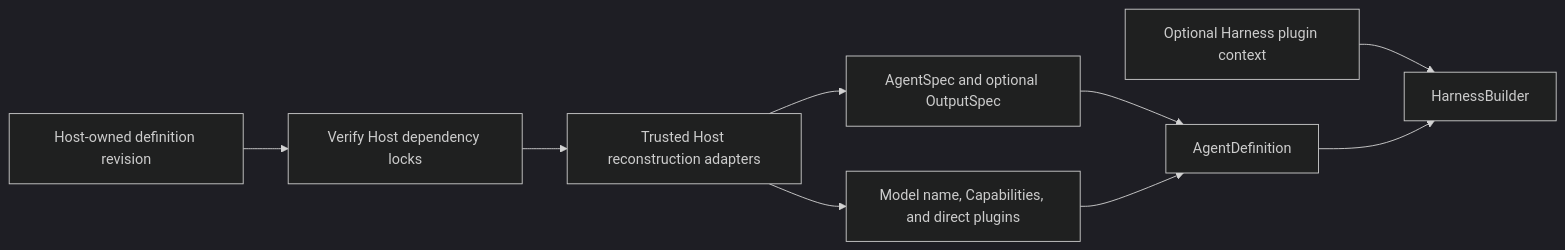
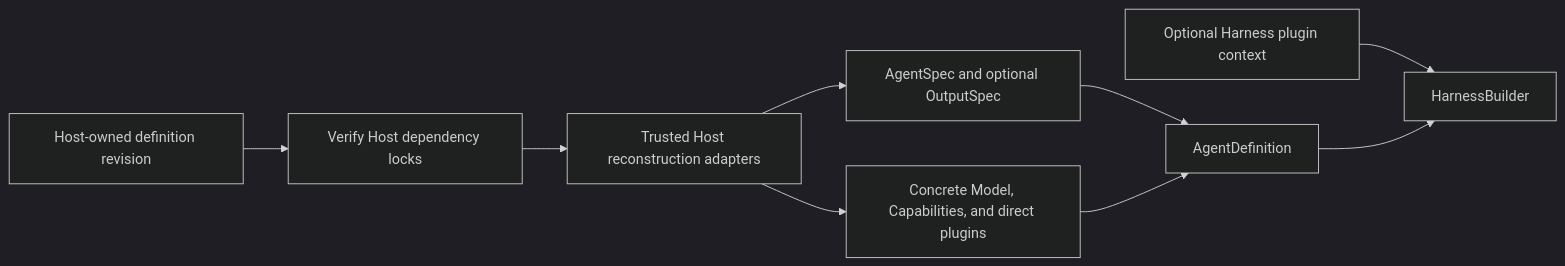
One commit to LTThreeComma/agent-foundation changed the second of 2 diagrams in spec/agent-harness/03-agent-definition-and-build.md. Above: the diagram before and after it, drawn with Mermaid (dark theme). The commit also changed other lines of this file and 115 other files, not shown here.

````diff
--- a/spec/agent-harness/03-agent-definition-and-build.md
+++ b/spec/agent-harness/03-agent-definition-and-build.md
@@ -158,10 +164,10 @@
 ```mermaid
 flowchart LR
     Revision[Host-owned definition revision] --> Verify[Verify Host dependency locks]
     Verify --> Adapters[Trusted Host reconstruction adapters]
     Adapters --> Spec[AgentSpec and optional OutputSpec]
-    Adapters --> Native[Model name, Capabilities, and direct plugins]
+    Adapters --> Native[Concrete Model, Capabilities, and direct plugins]
     Spec & Native --> Definition[AgentDefinition]
     PluginConfig[Optional Harness plugin context] --> Builder[HarnessBuilder]
     Definition --> Builder
 ```
````
